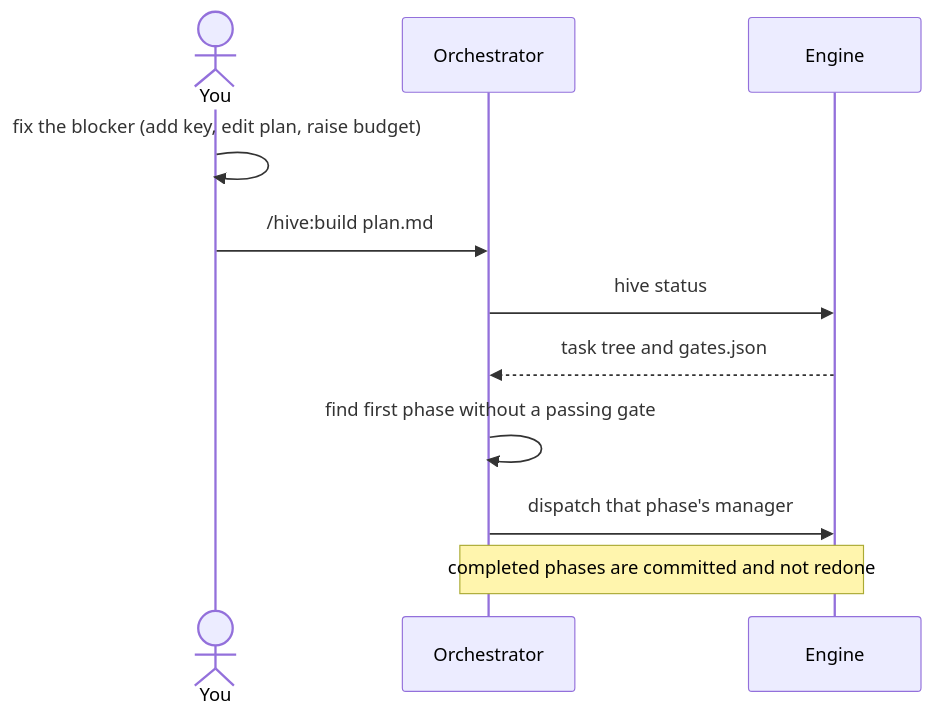
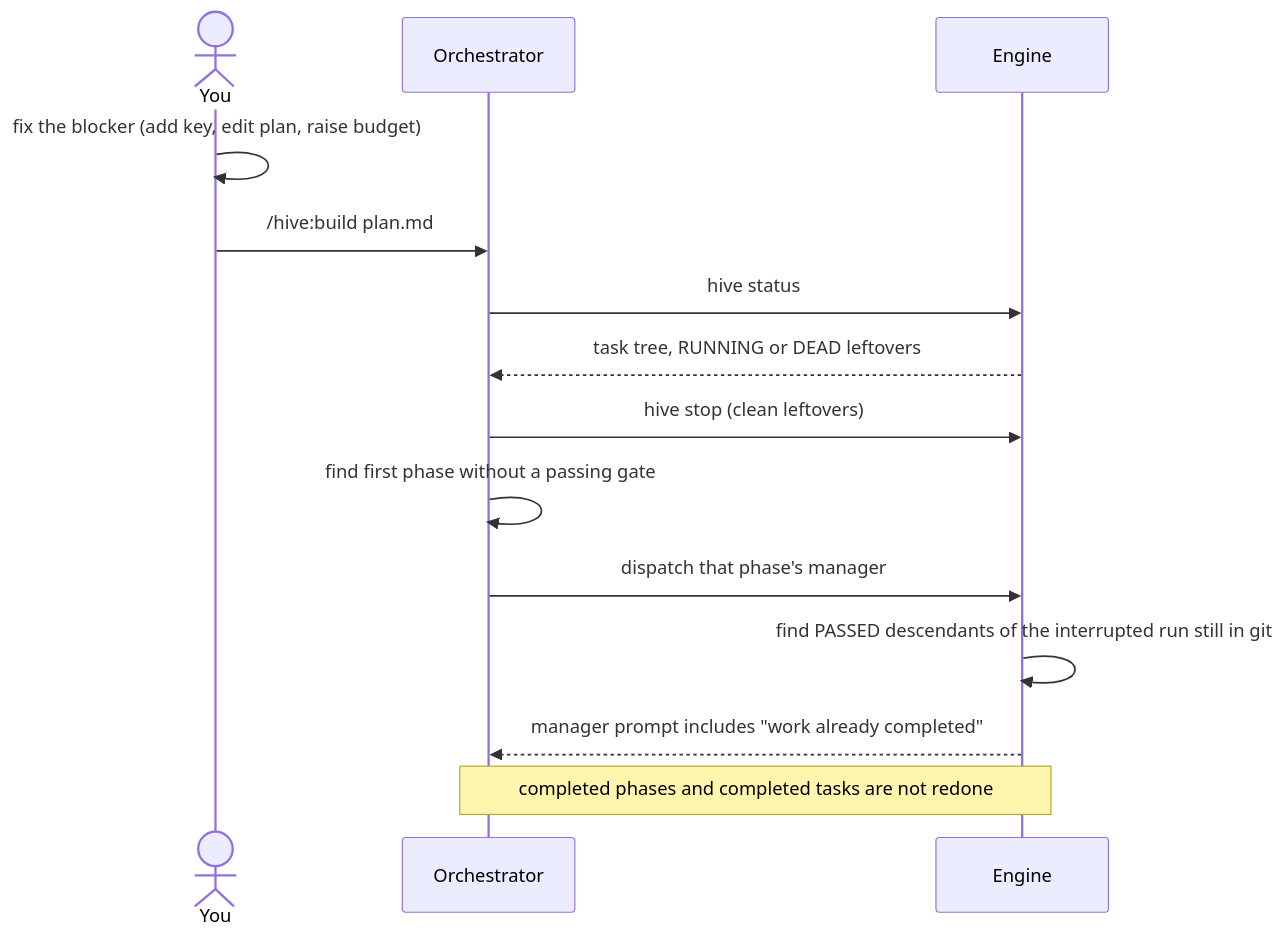
Before and after one commit to Waleed178-del/lets-do-it: the fourth of 4 diagrams in docs/system/07-failure-and-escalation.md, drawn with Mermaid. The commit also changed other lines of this file and 14 other files, not shown here.

First line of the commit message:
Enforce delegation in the engine, add @commands verify, diagrams for 2.0

````diff
--- a/docs/system/07-failure-and-escalation.md
+++ b/docs/system/07-failure-and-escalation.md
@@ -69,13 +72,16 @@
 ```mermaid
 sequenceDiagram
     actor U as You
     participant O as Orchestrator
     participant E as Engine
     U->>U: fix the blocker (add key, edit plan, raise budget)
     U->>O: /hive:build plan.md
     O->>E: hive status
-    E-->>O: task tree and gates.json
+    E-->>O: task tree, RUNNING or DEAD leftovers
+    O->>E: hive stop (clean leftovers)
     O->>O: find first phase without a passing gate
     O->>E: dispatch that phase's manager
-    Note over O,E: completed phases are committed and not redone
+    E->>E: find PASSED descendants of the interrupted run still in git
+    E-->>O: manager prompt includes "work already completed"
+    Note over O,E: completed phases and completed tasks are not redone
 ```
````
